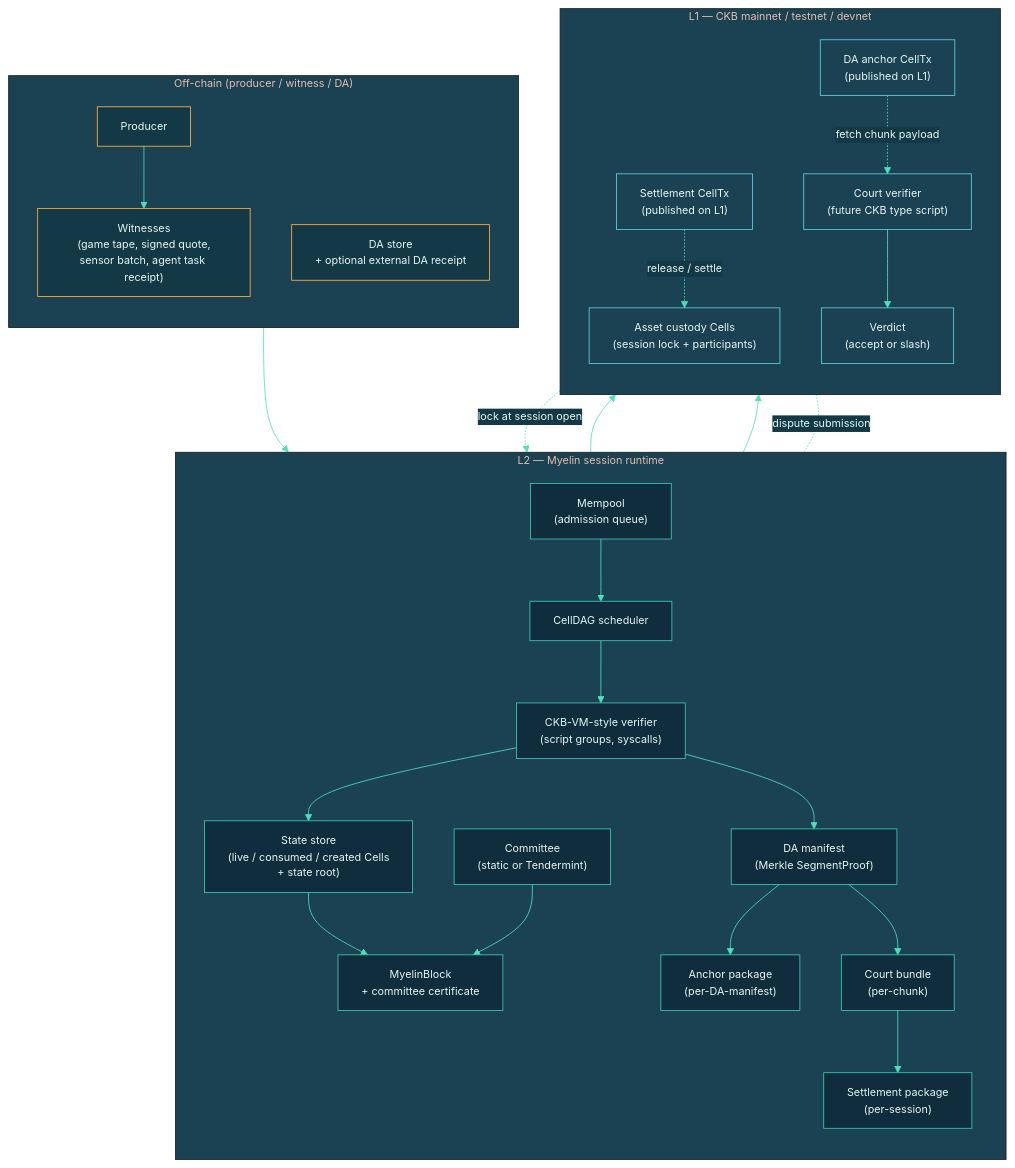
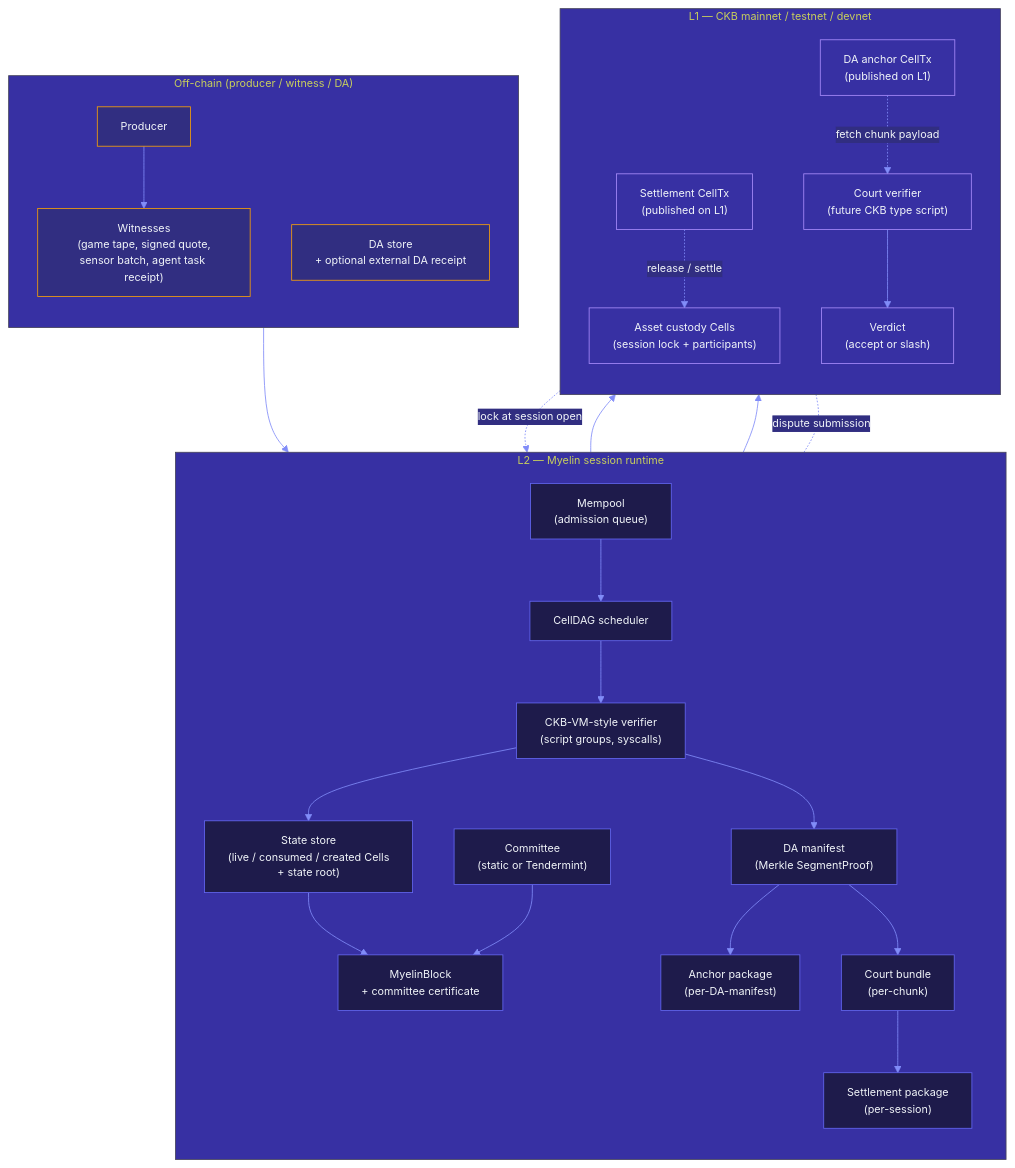
Before and after one commit to Myelin-Labs/Myelin: the first of 2 diagrams in docs/interactions/l1-l2-offchain.md, drawn with Mermaid. The commit also changed other lines of this file and 31 other files, not shown here.

````diff
--- a/docs/interactions/l1-l2-offchain.md
+++ b/docs/interactions/l1-l2-offchain.md
@@ -10,69 +10,69 @@
 ```mermaid
 %%{init: {
   "theme": "base",
   "themeVariables": {
-    "primaryColor": "#0F2D3D",
-    "primaryTextColor": "#E8F5F1",
-    "primaryBorderColor": "#3CCBAA",
-    "lineColor": "#4EE0BC",
-    "secondaryColor": "#143946",
-    "tertiaryColor": "#1A4253",
+    "primaryColor": "#1E1B4B",
+    "primaryTextColor": "#F1F5F9",
+    "primaryBorderColor": "#6366F1",
+    "lineColor": "#818CF8",
+    "secondaryColor": "#312E81",
+    "tertiaryColor": "#3730A3",
     "fontFamily": "Inter, system-ui, sans-serif",
     "fontSize": "13px"
   },
   "flowchart": { "curve": "basis", "padding": 14 }
 }}%%
 flowchart TB
     subgraph OFF["Off-chain (producer / witness / DA)"]
         direction TB
         PR["Producer"]:::off
         WT["Witnesses<br/>(game tape, signed quote,<br/>sensor batch, agent task receipt)"]:::off
         DA["DA store<br/>+ optional external DA receipt"]:::off
     end
 
     subgraph L2["L2 — Myelin session runtime"]
         direction TB
         MP["Mempool<br/>(admission queue)"]:::l2
         SC["CellDAG scheduler"]:::l2
         EX["CKB-VM-style verifier<br/>(script groups, syscalls)"]:::l2
         ST["State store<br/>(live / consumed / created Cells<br/>+ state root)"]:::l2
         DM["DA manifest<br/>(Merkle SegmentProof)"]:::l2
         CO["Committee<br/>(static or Tendermint)"]:::l2
         BL["MyelinBlock<br/>+ committee certificate"]:::l2
         CB["Court bundle<br/>(per-chunk)"]:::l2
         SP["Settlement package<br/>(per-session)"]:::l2
         AP["Anchor package<br/>(per-DA-manifest)"]:::l2
     end
 
     subgraph L1["L1 — CKB mainnet / testnet / devnet"]
         direction TB
         CU["Asset custody Cells<br/>(session lock + participants)"]:::l1
         DA_L1["DA anchor CellTx<br/>(published on L1)"]:::l1
         ST_L1["Settlement CellTx<br/>(published on L1)"]:::l1
         CV["Court verifier<br/>(future CKB type script)"]:::l1
         VERDICT["Verdict<br/>(accept or slash)"]:::l1
     end
 
     %% Off-chain to L2
     PR --> WT --> MP
     MP --> SC --> EX --> ST
     ST --> BL
     CO --> BL
     EX --> DM
     DM --> AP
     AP --> DA_L1
     DM --> CB
     CB --> SP
     SP --> ST_L1
 
     %% L2 to L1 (custody + dispute)
     CU -. lock at session open .-> MP
     ST_L1 -. release / settle .-> CU
     DA_L1 -. fetch chunk payload .-> CV
     CB  -. dispute submission .- CV
     CV --> VERDICT
 
-    classDef off fill:#143946,stroke:#FFB347,color:#E8F5F1;
-    classDef l2  fill:#0F2D3D,stroke:#3CCBAA,color:#E8F5F1;
-    classDef l1  fill:#1A4253,stroke:#5DD4E5,color:#E8F5F1;
+    classDef off fill:#312E81,stroke:#F59E0B,color:#F1F5F9;
+    classDef l2  fill:#1E1B4B,stroke:#6366F1,color:#F1F5F9;
+    classDef l1  fill:#3730A3,stroke:#A78BFA,color:#F1F5F9;
 ```
````
